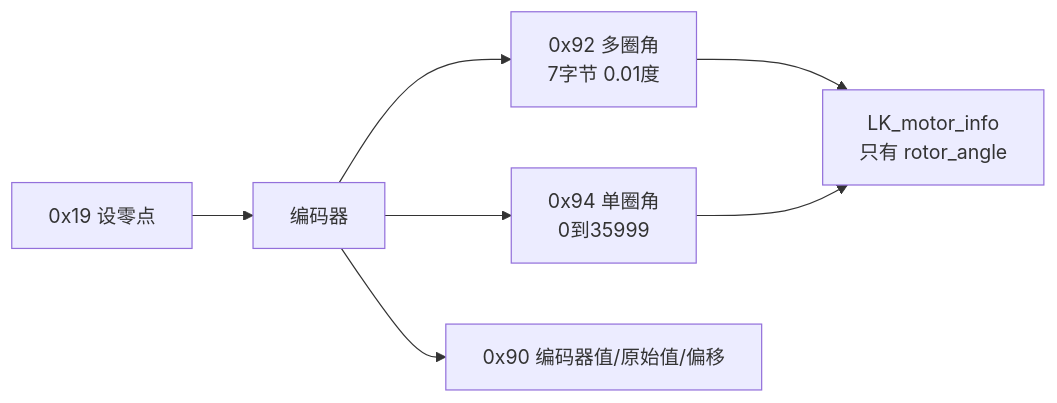
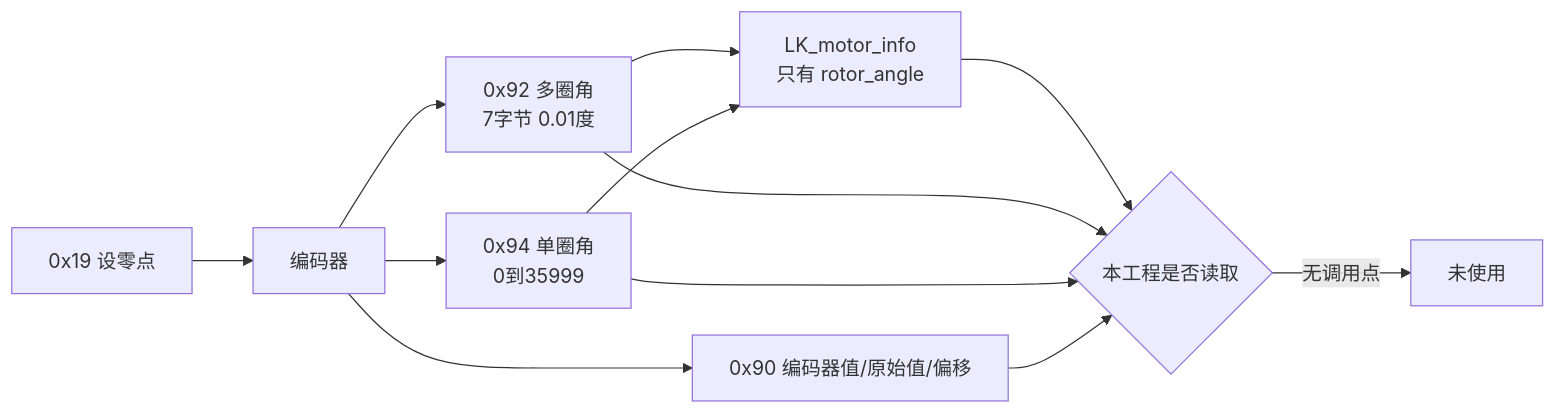
One commit to TC635807/TC63PersonalWebsite changed the third of 3 diagrams in docs/03-CAN 与电机/04-LK电机/03-多圈角度与零点标定.md. Above: the diagram before and after it, drawn with Mermaid. The commit also changed other lines of this file and 728 other files, not shown here.

````diff
--- a/docs/03-CAN 与电机/04-LK电机/03-多圈角度与零点标定.md
+++ b/docs/03-CAN 与电机/04-LK电机/03-多圈角度与零点标定.md
@@ -86,9 +117,14 @@
 ```mermaid
 flowchart LR
   E["编码器"] --> M["0x92 多圈角<br/>7字节 0.01度"]
   E --> S["0x94 单圈角<br/>0到35999"]
   E --> R["0x90 编码器值/原始值/偏移"]
   Z["0x19 设零点"] --> E
   M --> K["LK_motor_info<br/>只有 rotor_angle"]
   S --> K
+  K --> Q{"本工程是否读取"}
+  M --> Q
+  S --> Q
+  R --> Q
+  Q -->|"无调用点"| N["未使用"]
 ```
````
